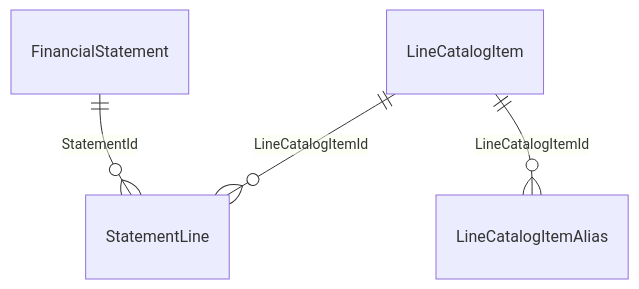
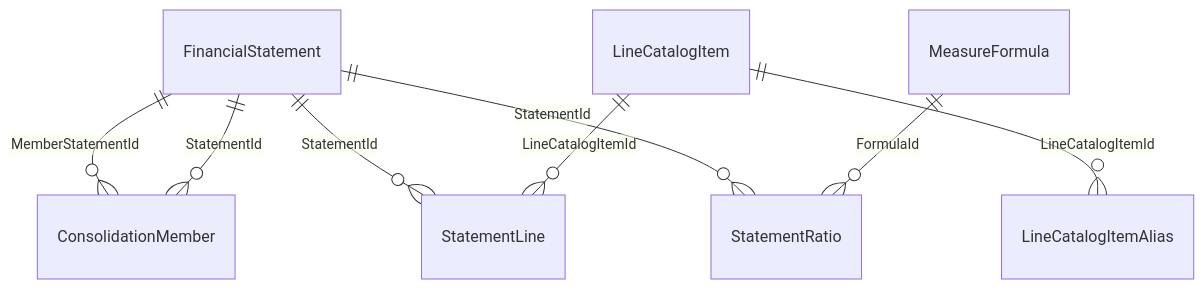
One commit to thawrasy/smartlines changed diagram 17 of 20 in treasury-platform/docs/22-erd-by-schema.md. Above: the diagram before and after it, drawn with Mermaid. The commit also changed other lines of this file and 25 other files, not shown here.

````diff
--- a/treasury-platform/docs/22-erd-by-schema.md
+++ b/treasury-platform/docs/22-erd-by-schema.md
@@ -512,6 +514,10 @@
 ```mermaid
 erDiagram
+  FinancialStatement ||--o{ ConsolidationMember : "MemberStatementId"
+  FinancialStatement ||--o{ ConsolidationMember : "StatementId"
   FinancialStatement ||--o{ StatementLine : "StatementId"
+  FinancialStatement ||--o{ StatementRatio : "StatementId"
   LineCatalogItem ||--o{ LineCatalogItemAlias : "LineCatalogItemId"
   LineCatalogItem ||--o{ StatementLine : "LineCatalogItemId"
+  MeasureFormula ||--o{ StatementRatio : "FormulaId"
 ```
````
